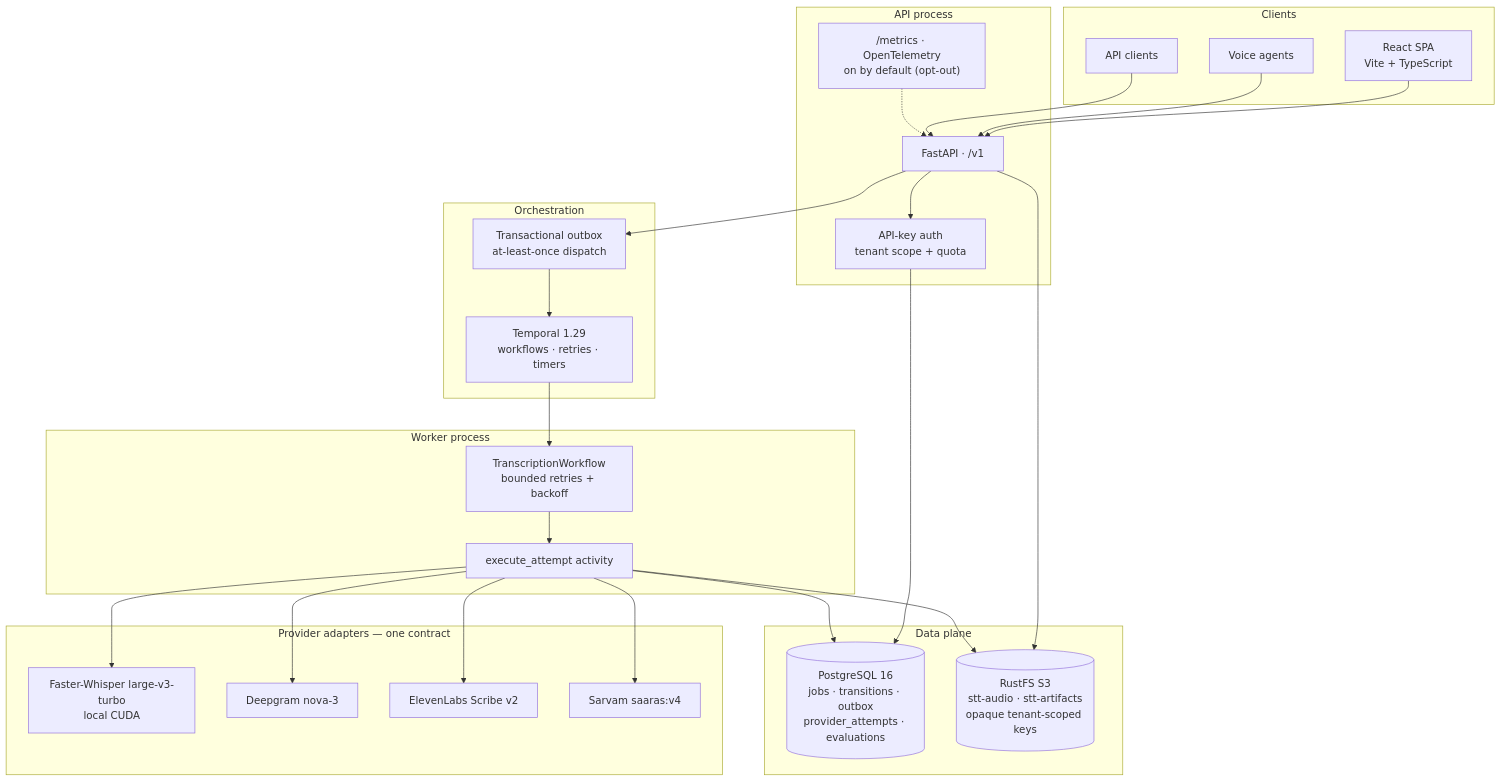
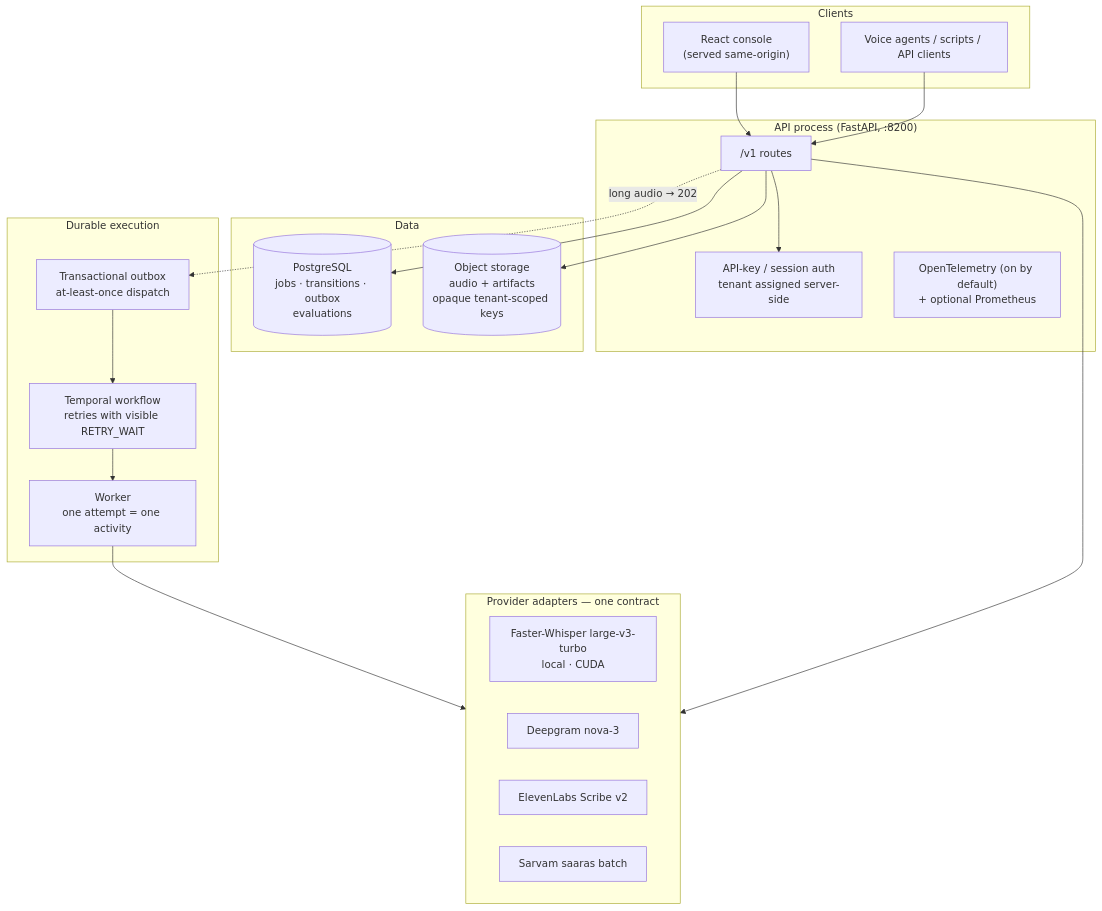
The diagram in README.md (Abdul-Jaweed/stt-platform), drawn with Mermaid before and after one commit. The commit also changed other lines of this file, not shown here.

````diff
--- a/README.md
+++ b/README.md
@@ -48,52 +150,42 @@
 ```mermaid
 graph TB
-    subgraph clients[Clients]
-        UI["React SPA<br/>Vite + TypeScript"]
-        AGENT["Voice agents"]
-        CLI["API clients"]
+    subgraph clients["Clients"]
+        UI["React console<br/>(served same-origin)"]
+        AGENTS["Voice agents / scripts / API clients"]
     end
 
-    subgraph apip["API process"]
-        FAST["FastAPI · /v1"]
-        AUTH["API-key auth<br/>tenant scope + quota"]
-        OBS["/metrics · OpenTelemetry<br/>on by default (opt-out)"]
+    subgraph api_proc["API process (FastAPI, :8200)"]
+        ROUTES["/v1 routes"]
+        AUTH["API-key / session auth<br/>tenant assigned server-side"]
+        OBS["OpenTelemetry (on by default)<br/>+ optional Prometheus"]
     end
 
-    subgraph data[Data plane]
-        PG[("PostgreSQL 16<br/>jobs · transitions · outbox<br/>provider_attempts · evaluations")]
-        S3[("RustFS S3<br/>stt-audio · stt-artifacts<br/>opaque tenant-scoped keys")]
+    subgraph data["Data"]
+        PG[("PostgreSQL<br/>jobs · transitions · outbox<br/>evaluations")]
+        S3[("Object storage<br/>audio + artifacts<br/>opaque tenant-scoped keys")]
     end
 
-    subgraph orch[Orchestration]
-        TEMP["Temporal 1.29<br/>workflows · retries · timers"]
+    subgraph durable["Durable execution"]
         OUTBOX["Transactional outbox<br/>at-least-once dispatch"]
+        TEMPORAL["Temporal workflow<br/>retries with visible RETRY_WAIT"]
+        WORKER["Worker<br/>one attempt = one activity"]
     end
 
-    subgraph wk[Worker process]
-        WF["TranscriptionWorkflow<br/>bounded retries + backoff"]
-        ACT["execute_attempt activity"]
+    subgraph prov["Provider adapters — one contract"]
+        FW["Faster-Whisper large-v3-turbo<br/>local · CUDA"]
+        DG["Deepgram nova-3"]
+        EL["ElevenLabs Scribe v2"]
+        SV["Sarvam saaras batch"]
     end
 
-    subgraph prov[Provider adapters — one contract]
-        FW["Faster-Whisper large-v3-turbo<br/>local CUDA"]
-        DG["Deepgram nova-3"]
-        EL["ElevenLabs Scribe v2"]
-        SV["Sarvam saaras:v4"]
-    end
-
-    UI --> FAST
-    AGENT --> FAST
-    CLI --> FAST
-    FAST --> AUTH
-    AUTH --> PG
-    FAST --> S3
-    FAST --> OUTBOX --> TEMP
-    TEMP --> WF --> ACT
-    ACT --> S3
-    ACT --> FW
-    ACT --> DG
-    ACT --> EL
-    ACT --> SV
-    ACT --> PG
-    OBS -.-> FAST
+    UI --> ROUTES
+    AGENTS --> ROUTES
+    ROUTES --> AUTH
+    ROUTES --> PG
+    ROUTES --> S3
+    ROUTES -. "long audio → 202" .-> OUTBOX
+    OUTBOX --> TEMPORAL
+    TEMPORAL --> WORKER
+    WORKER --> prov
+    ROUTES --> prov
 ```
````
